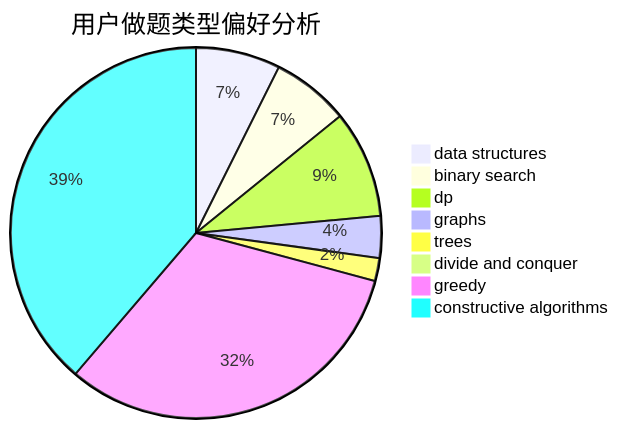
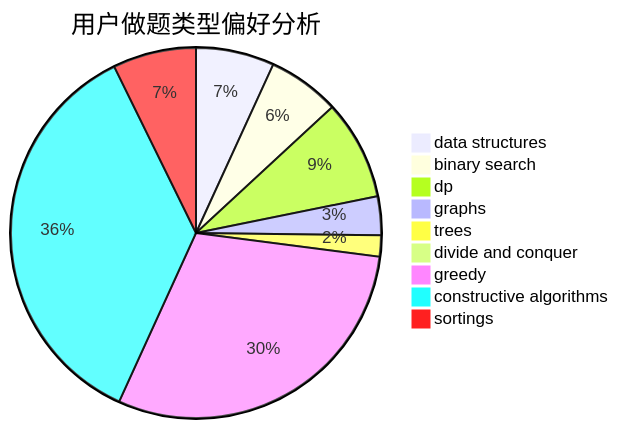
Before and after one commit to sherpahu/cfrs.github.io: the second of 3 diagrams in docs/user/u2753.md, drawn with Mermaid. The commit also changed other lines of this file and 2769 other files, not shown here.

````diff
--- a/docs/user/u2753.md
+++ b/docs/user/u2753.md
@@ -23,11 +18,12 @@
 ```mermaid
 pie title 用户做题类型偏好分析
     "data structures" :  111
     "binary search" :  102
     "dp" :  141
     "graphs" :  55
     "trees" :  30
     "divide and conquer" :  0
     "greedy" :  483
     "constructive algorithms" :  583
+    "sortings" :  118
 ```
````
